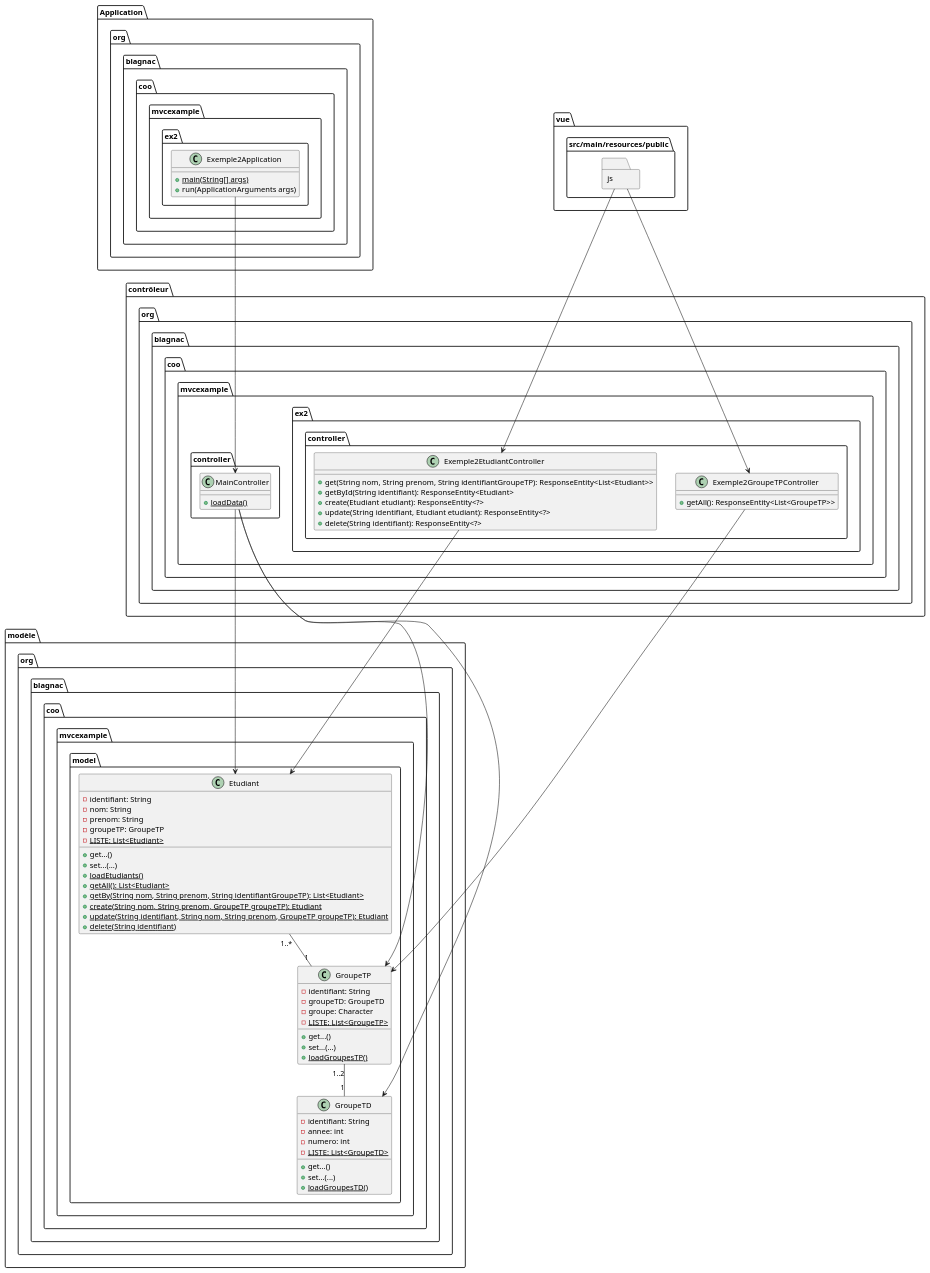
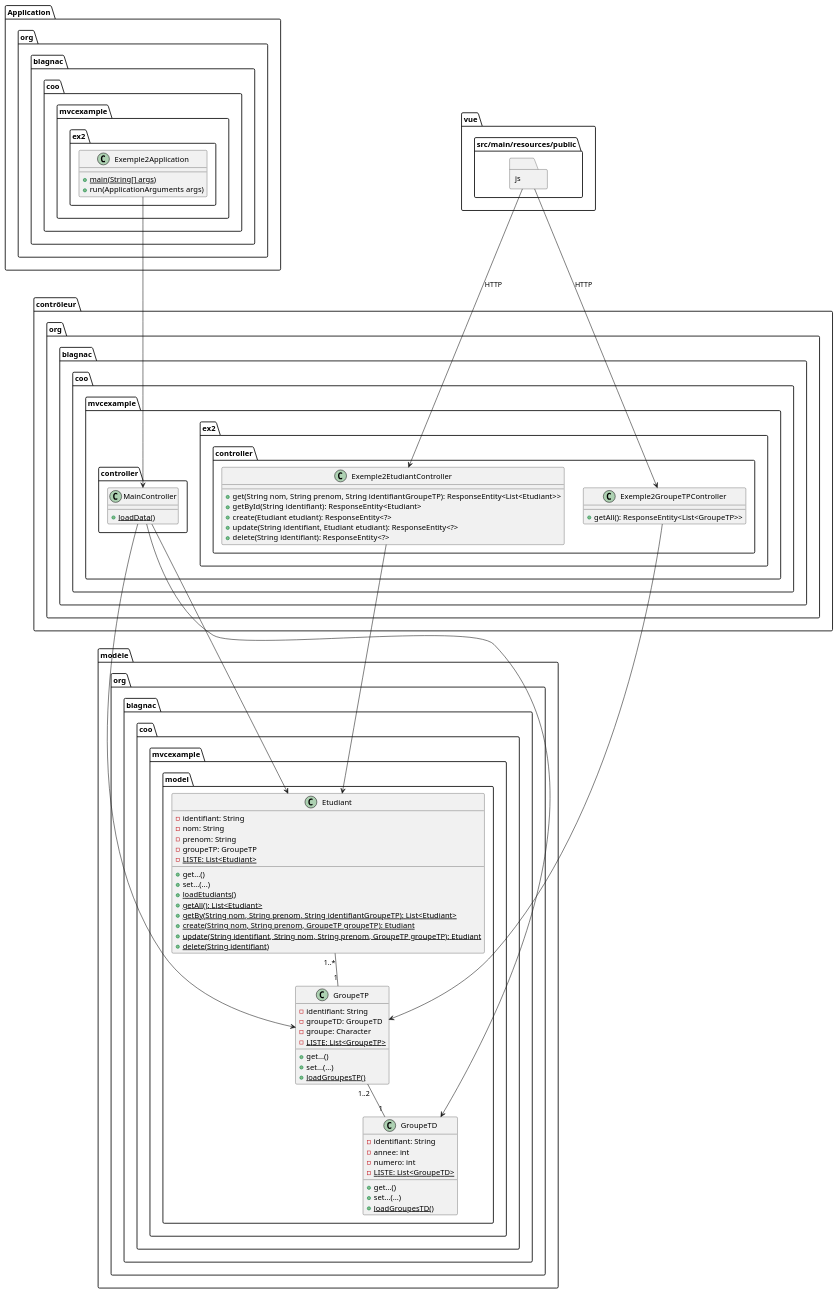
Before and after one commit to tgoubin/mvc-example: the fourth of 4 diagrams in src/main/doc/exemple2.adoc, drawn with PlantUML. The commit also changed other lines of this file and 4 other files, not shown here.

```diff
--- a/src/main/doc/exemple2.adoc
+++ b/src/main/doc/exemple2.adoc
@@ -393,8 +404,8 @@
 	}
 }
 
-js --> Exemple2EtudiantController
-js --> Exemple2GroupeTPController
+js --> Exemple2EtudiantController: HTTP
+js --> Exemple2GroupeTPController: HTTP
 Exemple2EtudiantController --> Etudiant
 Exemple2GroupeTPController --> GroupeTP
 
```
